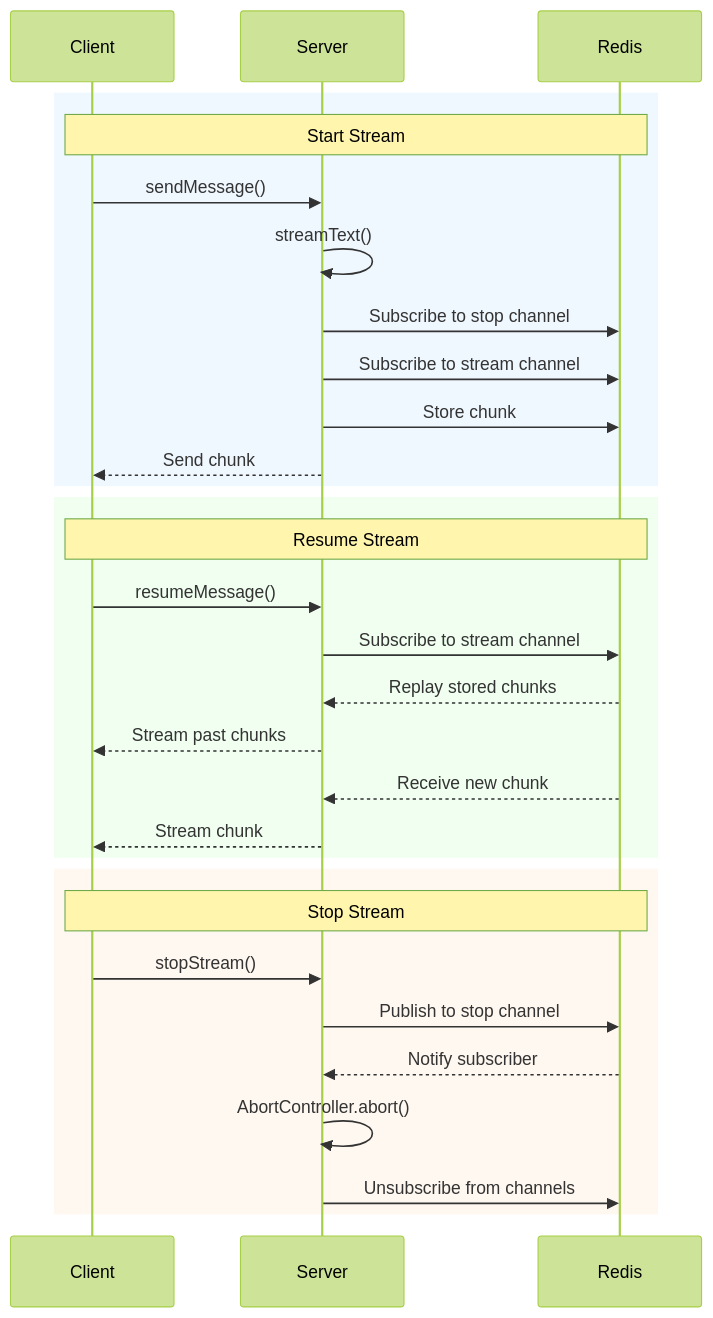
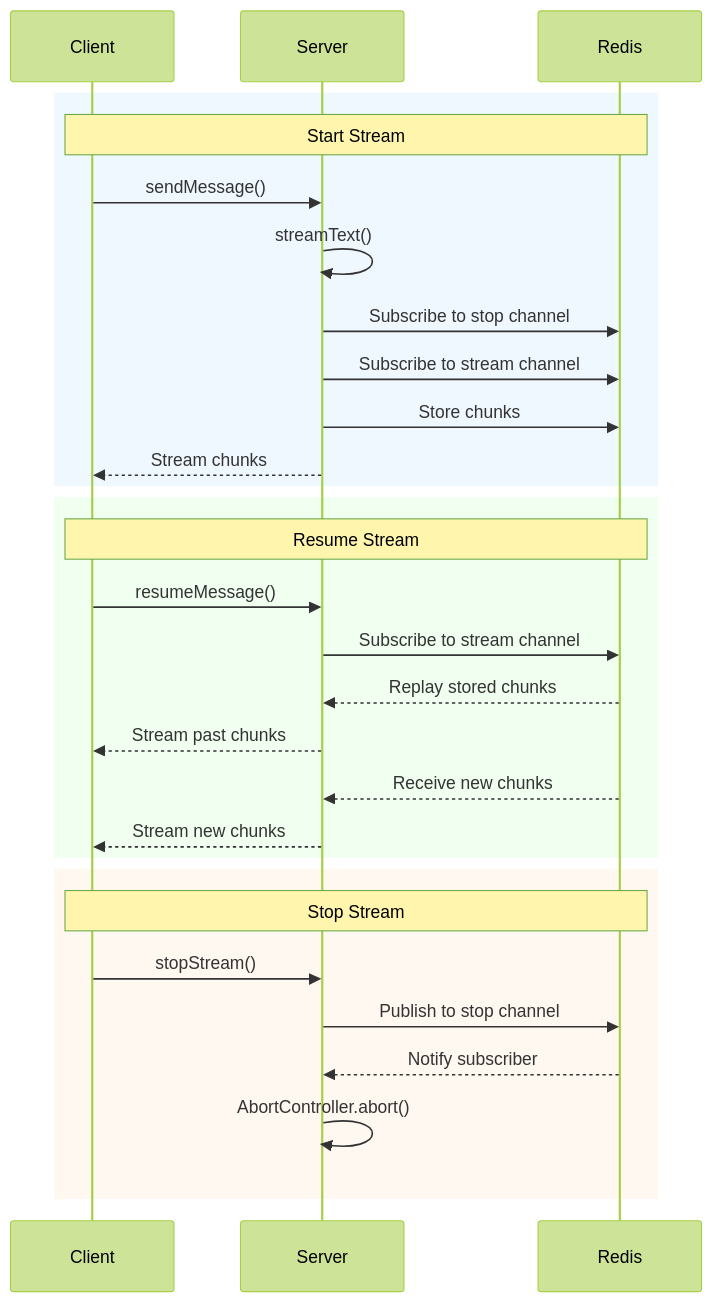
Before and after one commit to zirkelc/ai-resumable-stream: the diagram in README.md, drawn with Mermaid (forest theme). The commit also changed other lines of this file, not shown here.

````diff
--- a/README.md
+++ b/README.md
@@ -29,35 +29,34 @@
 ```mermaid
 sequenceDiagram
     participant Client
     participant Server
     participant Redis
 
     rect rgb(240, 248, 255)
         Note over Client,Redis: Start Stream
         Client->>Server: sendMessage()
         Server->>Server: streamText()
         Server->>Redis: Subscribe to stop channel
         Server->>Redis: Subscribe to stream channel
-        Server->>Redis: Store chunk
-        Server-->>Client: Send chunk
+        Server->>Redis: Store chunks
+        Server-->>Client: Stream chunks
     end
 
     rect rgb(240, 255, 240)
         Note over Client,Redis: Resume Stream
         Client->>Server: resumeMessage()
         Server->>Redis: Subscribe to stream channel
         Redis-->>Server: Replay stored chunks
         Server-->>Client: Stream past chunks
-        Redis-->>Server: Receive new chunk
-        Server-->>Client: Stream chunk
+        Redis-->>Server: Receive new chunks
+        Server-->>Client: Stream new chunks
     end
 
     rect rgb(255, 248, 240)
         Note over Client,Redis: Stop Stream
         Client->>Server: stopStream()
         Server->>Redis: Publish to stop channel
         Redis-->>Server: Notify subscriber
         Server->>Server: AbortController.abort()
-        Server->>Redis: Unsubscribe from channels
     end
 ```
````
